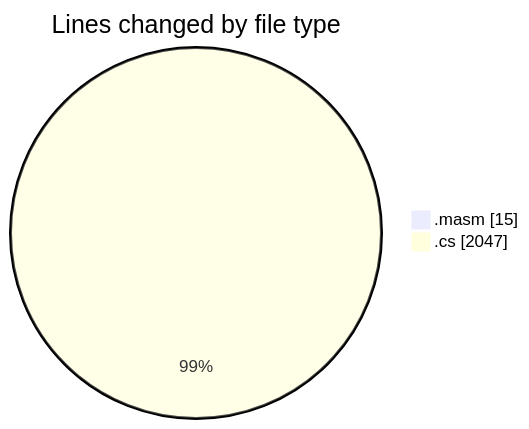
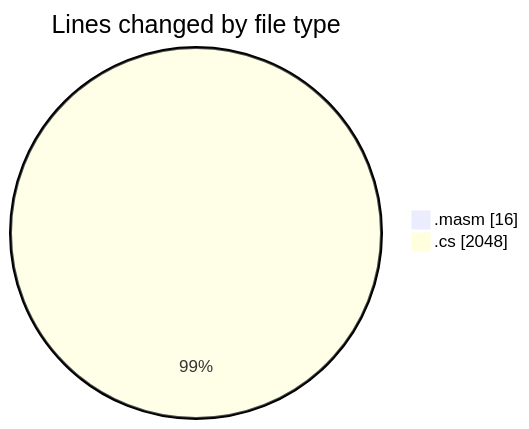
One commit to charlie-sans/code-tracking changed the first of 2 diagrams in 2025-03-18/sharpmasm/README.md. Above: the diagram before and after it, drawn with Mermaid. The commit also changed other lines of this file and 1 other file, not shown here.

````diff
--- a/2025-03-18/sharpmasm/README.md
+++ b/2025-03-18/sharpmasm/README.md
@@ -28,6 +30,6 @@
 ```mermaid
 pie showData
 title Lines changed by file type
-".masm" : 15
-".cs" : 2047
+".masm" : 16
+".cs" : 2048
 ```
````
